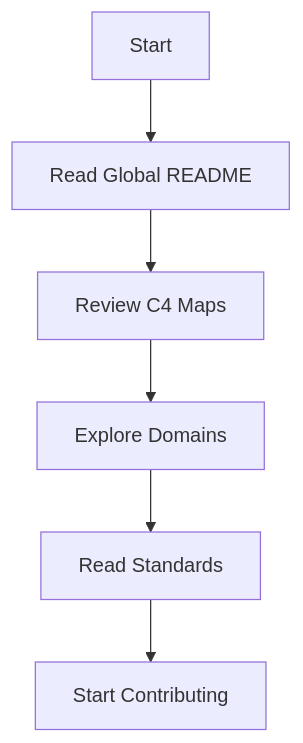
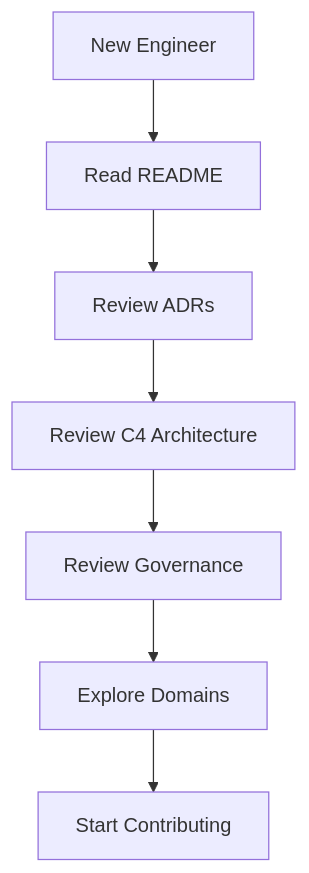
One commit to STARONE-INFOTECH/starone-galaxy-architecture changed the fifth of 7 diagrams in README.md. Above: the diagram before and after it, drawn with Mermaid. The commit also changed other lines of this file, not shown here.

````diff
--- a/README.md
+++ b/README.md
@@ -527,11 +607,17 @@
 ```mermaid
 flowchart TD
 
-Start[Start]
+Start[New Engineer]
 
-Start --> ReadREADME[Read Global README]
-ReadREADME --> ReviewC4[Review C4 Maps]
-ReviewC4 --> ExploreDomains[Explore Domains]
-ExploreDomains --> Governance[Read Standards]
-Governance --> Contribute[Start Contributing]
+Start --> README[Read README]
+
+README --> ADR[Review ADRs]
+
+ADR --> C4[Review C4 Architecture]
+
+C4 --> GOV[Review Governance]
+
+GOV --> DOMAINS[Explore Domains]
+
+DOMAINS --> CONTRIBUTE[Start Contributing]
 ```
````
